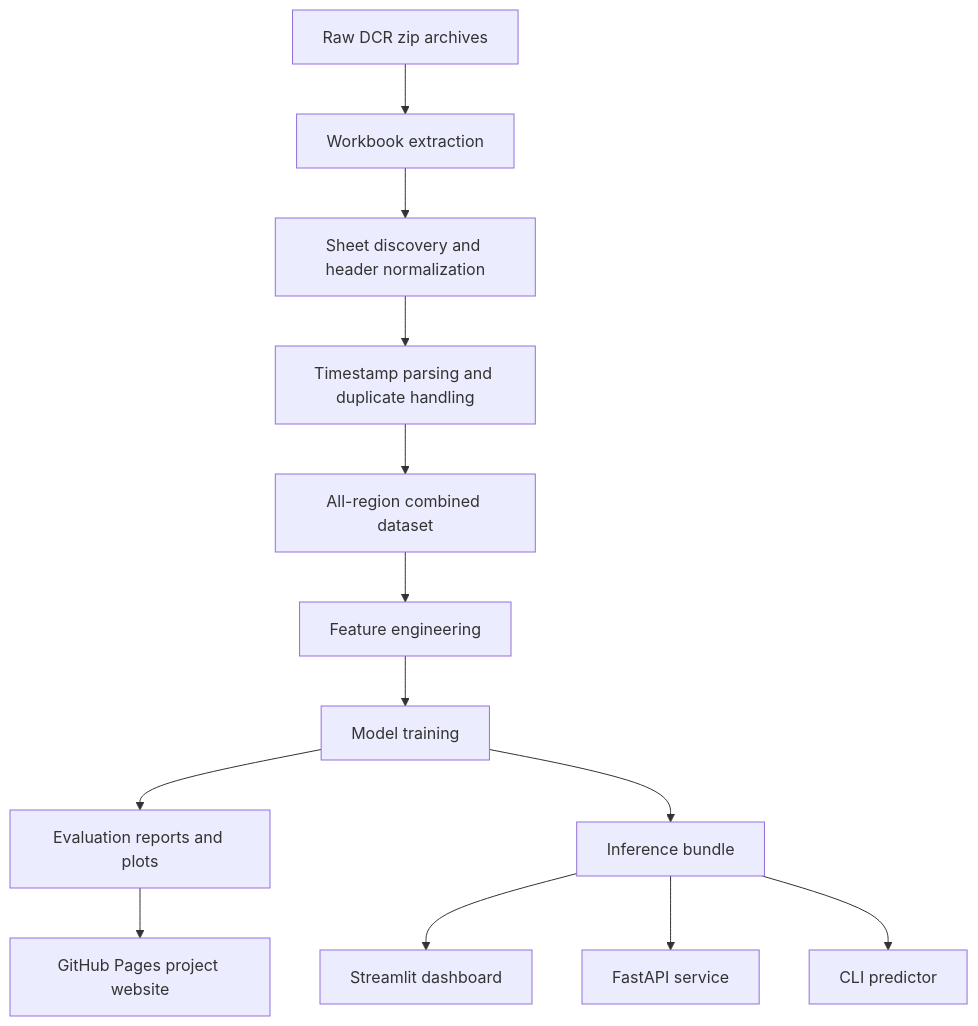
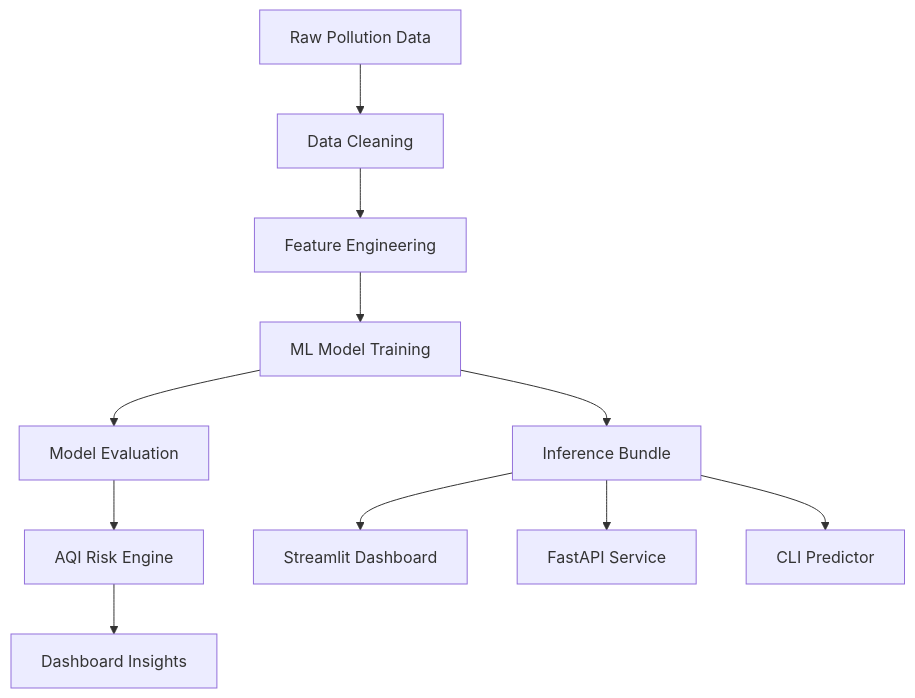
The diagram in README.md (Pruthvi226/Air_Pollution_Detection_ML), drawn with Mermaid before and after one commit. The commit also changed other lines of this file and 5 other files, not shown here.

````diff
--- a/README.md
+++ b/README.md
@@ -79,15 +68,13 @@
 ```mermaid
 flowchart TD
-    A["Raw DCR zip archives"] --> B["Workbook extraction"]
-    B --> C["Sheet discovery and header normalization"]
-    C --> D["Timestamp parsing and duplicate handling"]
-    D --> E["All-region combined dataset"]
-    E --> F["Feature engineering"]
-    F --> G["Model training"]
-    G --> H["Evaluation reports and plots"]
-    G --> I["Inference bundle"]
-    I --> J["Streamlit dashboard"]
-    I --> K["FastAPI service"]
-    I --> L["CLI predictor"]
-    H --> M["GitHub Pages project website"]
+    A["Raw Pollution Data"] --> B["Data Cleaning"]
+    B --> C["Feature Engineering"]
+    C --> D["ML Model Training"]
+    D --> E["Model Evaluation"]
+    E --> F["AQI Risk Engine"]
+    F --> G["Dashboard Insights"]
+    D --> H["Inference Bundle"]
+    H --> I["Streamlit Dashboard"]
+    H --> J["FastAPI Service"]
+    H --> K["CLI Predictor"]
 ```
````
